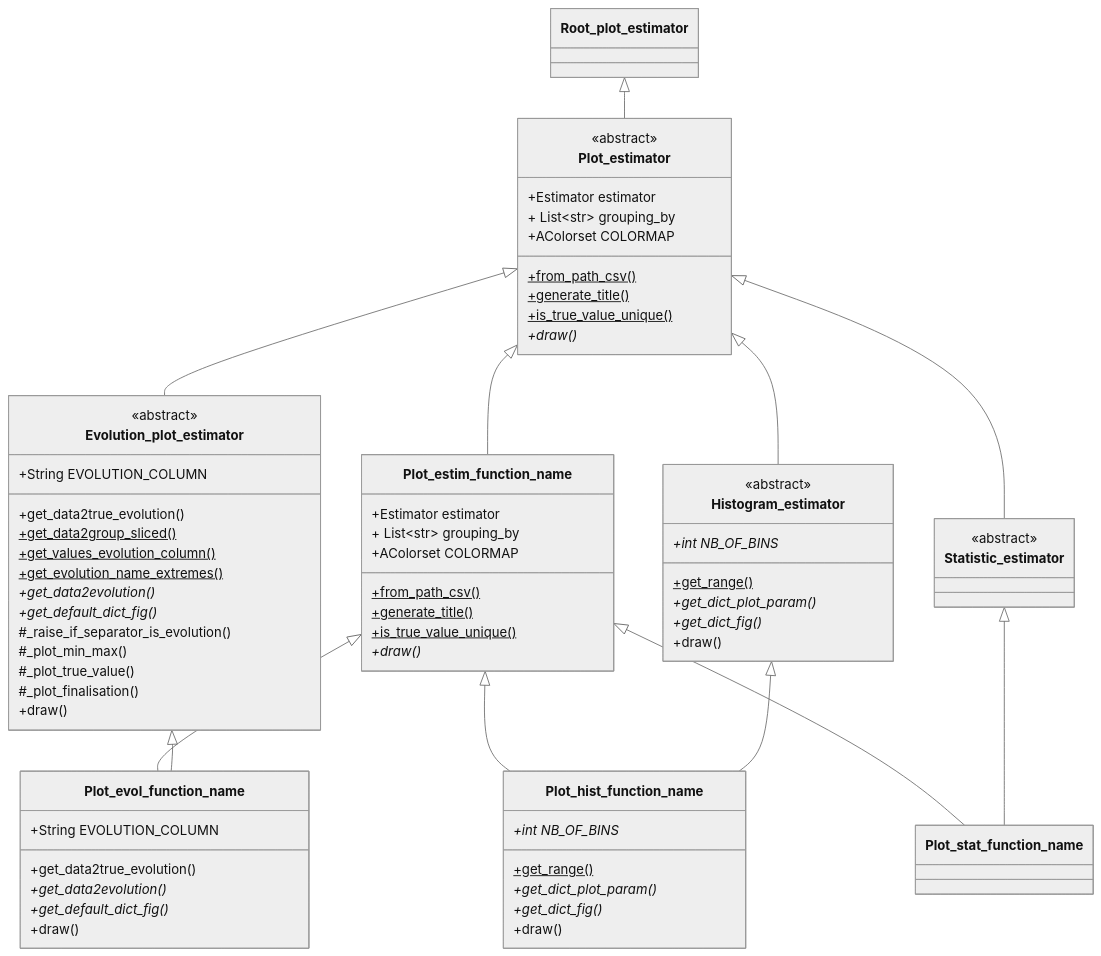
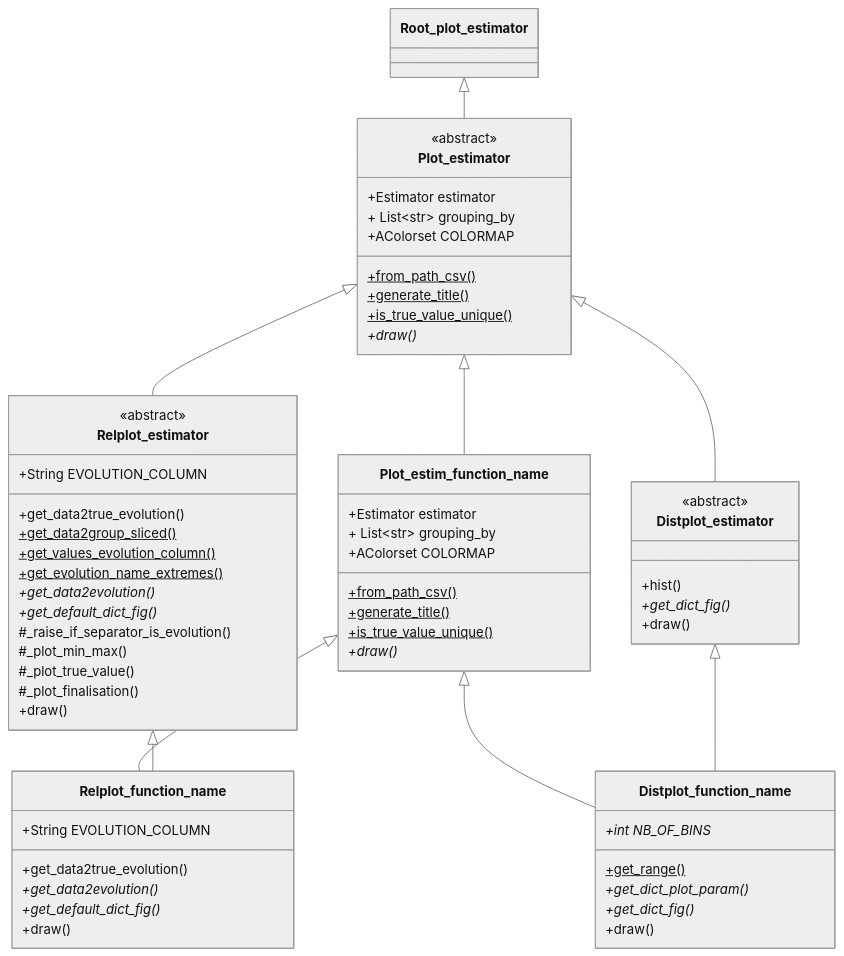
Before and after one commit to Code-Cornelius/CorAI: the second of 3 diagrams in priv_lib_estimator/how_to_use_estimators_and_plotters.MD, drawn with Mermaid (neutral theme). The commit also changed other lines of this file and 8 other files, not shown here.

````diff
--- a/priv_lib_estimator/how_to_use_estimators_and_plotters.MD
+++ b/priv_lib_estimator/how_to_use_estimators_and_plotters.MD
@@ -58,25 +58,21 @@
         
         Root_plot_estimator  <|-- Plot_estimator
         
-        Plot_estimator       <|-- Evolution_plot_estimator
-        Plot_estimator       <|-- Histogram_estimator
+        Plot_estimator       <|-- Relplot_estimator
+        Plot_estimator       <|-- Distplot_estimator
 
-        Plot_estimator       <|-- Statistic_estimator
         Plot_estimator       <|-- Plot_estim_function_name
 
-        Plot_estim_function_name       <|-- Plot_hist_function_name
-        Plot_estim_function_name       <|-- Plot_evol_function_name
-        Plot_estim_function_name       <|-- Plot_stat_function_name
+        Plot_estim_function_name       <|-- Relplot_function_name
+        Plot_estim_function_name       <|-- Distplot_function_name
 
-        Evolution_plot_estimator       <|-- Plot_evol_function_name
-        Histogram_estimator            <|-- Plot_hist_function_name
-        Statistic_estimator            <|-- Plot_stat_function_name
+        Relplot_estimator       <|-- Relplot_function_name
+        Distplot_estimator            <|-- Distplot_function_name
         
         
         <<abstract>> Plot_estimator
-        <<abstract>> Evolution_plot_estimator
-        <<abstract>> Histogram_estimator
-        <<abstract>> Statistic_estimator
+        <<abstract>> Relplot_estimator
+        <<abstract>> Distplot_estimator
 
         
      
@@ -91,28 +87,26 @@
 
 
         
-        Evolution_plot_estimator:       +String EVOLUTION_COLUMN
+        Relplot_estimator:       +String EVOLUTION_COLUMN
         
-        Evolution_plot_estimator:       +get_data2true_evolution()
-        Evolution_plot_estimator:       +get_data2group_sliced()$   
-        Evolution_plot_estimator:       +get_values_evolution_column()$     
-        Evolution_plot_estimator:       +get_evolution_name_extremes()$  
-        Evolution_plot_estimator:       +get_data2evolution()* 
-        Evolution_plot_estimator:       +get_default_dict_fig()* 
+        Relplot_estimator:       +get_data2true_evolution()
+        Relplot_estimator:       +get_data2group_sliced()$   
+        Relplot_estimator:       +get_values_evolution_column()$     
+        Relplot_estimator:       +get_evolution_name_extremes()$  
+        Relplot_estimator:       +get_data2evolution()* 
+        Relplot_estimator:       +get_default_dict_fig()* 
         
-        Evolution_plot_estimator:       #_raise_if_separator_is_evolution()    
-        Evolution_plot_estimator:       #_plot_min_max()
-        Evolution_plot_estimator:       #_plot_true_value()    
-        Evolution_plot_estimator:       #_plot_finalisation()
-        Evolution_plot_estimator:       +draw()     
+        Relplot_estimator:       #_raise_if_separator_is_evolution()    
+        Relplot_estimator:       #_plot_min_max()
+        Relplot_estimator:       #_plot_true_value()    
+        Relplot_estimator:       #_plot_finalisation()
+        Relplot_estimator:       +draw()     
 
         
         
-        Histogram_estimator:       +int NB_OF_BINS* 
-        Histogram_estimator:       +get_range()$ 
-        Histogram_estimator:       +get_dict_plot_param()*
-        Histogram_estimator:       +get_dict_fig()*
-        Histogram_estimator:       +draw()
+        Distplot_estimator:       +hist()
+        Distplot_estimator:       +get_dict_fig()*
+        Distplot_estimator:       +draw()
         
 
 
@@ -129,20 +123,20 @@
 
 
         
-        Plot_evol_function_name:       +String EVOLUTION_COLUMN
+        Relplot_function_name:       +String EVOLUTION_COLUMN
         
-        Plot_evol_function_name:       +get_data2true_evolution()
-        Plot_evol_function_name:       +get_data2evolution()* 
-        Plot_evol_function_name:       +get_default_dict_fig()* 
+        Relplot_function_name:       +get_data2true_evolution()
+        Relplot_function_name:       +get_data2evolution()* 
+        Relplot_function_name:       +get_default_dict_fig()* 
         
-        Plot_evol_function_name:       +draw()     
+        Relplot_function_name:       +draw()     
 
         
         
-        Plot_hist_function_name:       +int NB_OF_BINS* 
-        Plot_hist_function_name:       +get_range()$ 
-        Plot_hist_function_name:       +get_dict_plot_param()*
-        Plot_hist_function_name:       +get_dict_fig()*
-        Plot_hist_function_name:       +draw()
+        Distplot_function_name:       +int NB_OF_BINS* 
+        Distplot_function_name:       +get_range()$ 
+        Distplot_function_name:       +get_dict_plot_param()*
+        Distplot_function_name:       +get_dict_fig()*
+        Distplot_function_name:       +draw()
         
 ```
````
